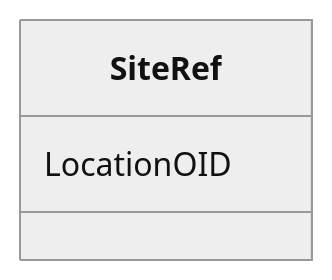
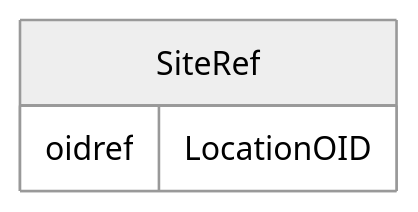
One commit to cdisc-org/DataExchange-ODM-LinkML changed the diagram in docs/SiteRef.md. Above: the diagram before and after it, drawn with Mermaid (neutral theme). The commit also changed other lines of this file and 181 other files, not shown here.

Commit message:
ER diagrams working via templates and removing names with underscores

````diff
--- a/docs/SiteRef.md
+++ b/docs/SiteRef.md
@@ -14,7 +11,9 @@
 ```mermaid
- classDiagram
-    class SiteRef
-      SiteRef : LocationOID
-        
-      
+erDiagram
+SiteRef {
+    oidref LocationOID  
+}
+
+
+
 ```
````
